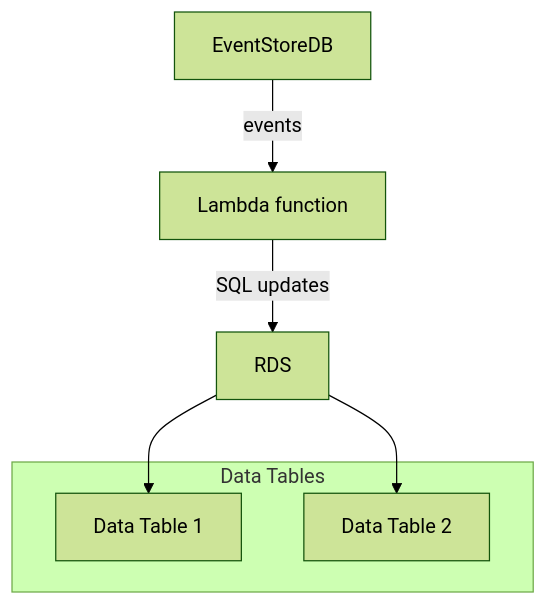
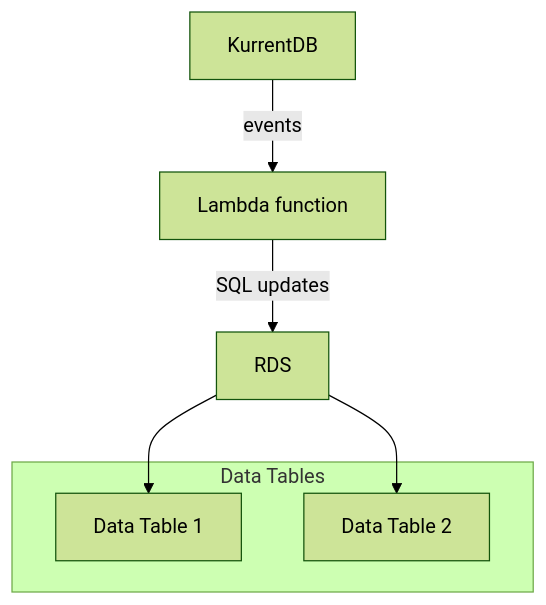
Before and after one commit to EventStore/EventStore: the third of 3 diagrams in docs/server/features/connectors/README.md, drawn with Mermaid (forest theme). The commit also changed other lines of this file and 7 other files, not shown here.

````diff
--- a/docs/server/features/connectors/README.md
+++ b/docs/server/features/connectors/README.md
@@ -77,13 +77,13 @@
 ```mermaid
 graph TD
-    A[EventStoreDB] -->|events| B[Lambda function]
+    A[KurrentDB] -->|events| B[Lambda function]
     B -->|SQL updates| C[RDS]
     
     subgraph Data Tables
         D[Data Table 1]
         E[Data Table 2]
     end
 
     C --> D
     C --> E
 ```
````
